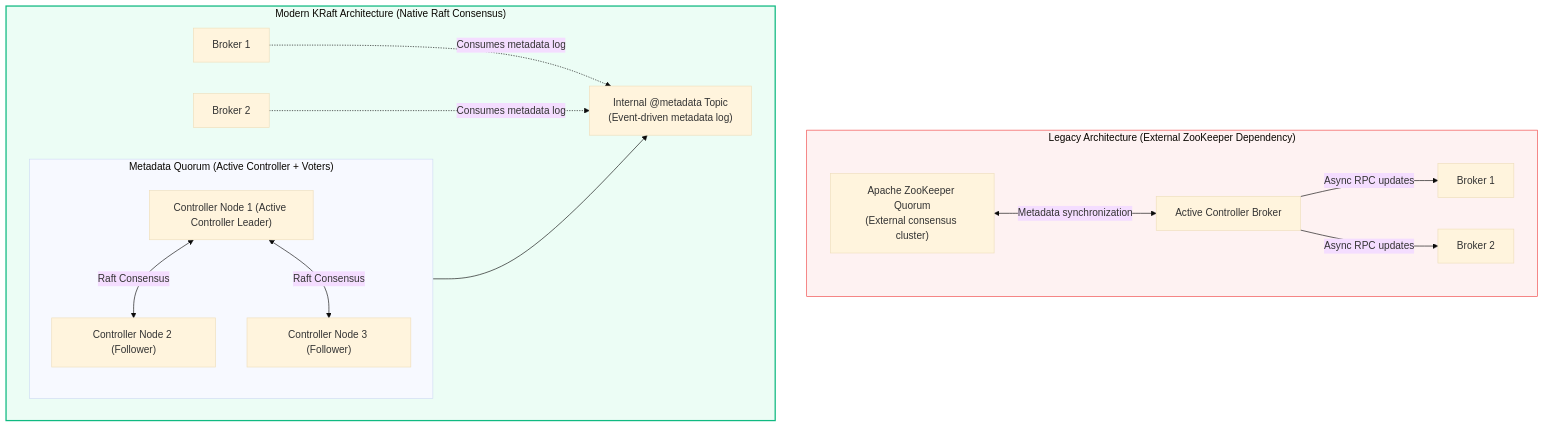
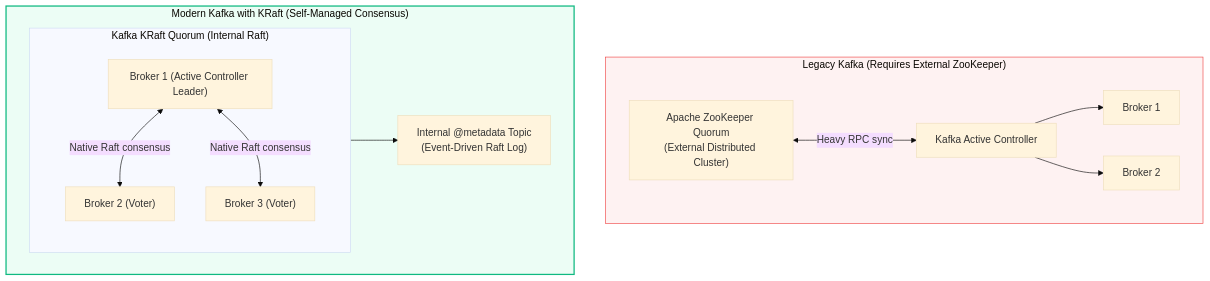
Before and after one commit to PandeyKishan/Study-Notes: the first of 4 diagrams in 03-Apache-Kafka/04-KRaft-Schema-Registry-and-Streams.md, drawn with Mermaid (base theme). The commit also changed other lines of this file and 20 other files, not shown here.

````diff
--- a/03-Apache-Kafka/04-KRaft-Schema-Registry-and-Streams.md
+++ b/03-Apache-Kafka/04-KRaft-Schema-Registry-and-Streams.md
@@ -12,30 +17,23 @@
 ```mermaid
 flowchart TD
-    subgraph Legacy_ZooKeeper["Legacy Architecture (External ZooKeeper Dependency)"]
-        ZK["Apache ZooKeeper Quorum\n(External consensus cluster)"]
-        KC["Active Controller Broker"]
-        B1["Broker 1"]
-        B2["Broker 2"]
-        
-        ZK <-->|Metadata synchronization| KC
-        KC -->|Async RPC updates| B1
-        KC -->|Async RPC updates| B2
+    subgraph Legacy["Legacy Kafka (Requires External ZooKeeper)"]
+        ZK["Apache ZooKeeper Quorum\n(External Distributed Cluster)"] <-->|Heavy RPC sync| KC["Kafka Active Controller"]
+        KC --> B1["Broker 1"]
+        KC --> B2["Broker 2"]
     end
 
-    subgraph Modern_KRaft["Modern KRaft Architecture (Native Raft Consensus)"]
-        subgraph KRaft_Quorum["Metadata Quorum (Active Controller + Voters)"]
-            C1["Controller Node 1 (Active Controller Leader)"]
-            C2["Controller Node 2 (Follower)"]
-            C3["Controller Node 3 (Follower)"]
-            C1 <-->|Raft Consensus| C2
-            C1 <-->|Raft Consensus| C3
+    subgraph Modern["Modern Kafka with KRaft (Self-Managed Consensus)"]
+        subgraph KRaft_Nodes["Kafka KRaft Quorum (Internal Raft)"]
+            C1["Broker 1 (Active Controller Leader)"]
+            C2["Broker 2 (Voter)"]
+            C3["Broker 3 (Voter)"]
+            C1 <-->|Native Raft consensus| C2
+            C1 <-->|Native Raft consensus| C3
         end
-        MetaLog["Internal @metadata Topic\n(Event-driven metadata log)"]
-        KRaft_Quorum --> MetaLog
-        B_K1["Broker 1"] -.->|Consumes metadata log| MetaLog
-        B_K2["Broker 2"] -.->|Consumes metadata log| MetaLog
+        Meta["Internal @metadata Topic\n(Event-Driven Raft Log)"]
+        KRaft_Nodes --> Meta
     end
 
-    style Legacy_ZooKeeper fill:#fef2f2,stroke:#ef4444,stroke-width:1px
-    style Modern_KRaft fill:#ecfdf5,stroke:#10b981,stroke-width:2px
+    style Legacy fill:#fef2f2,stroke:#ef4444,stroke-width:1px
+    style Modern fill:#ecfdf5,stroke:#10b981,stroke-width:2px
 ```
````
